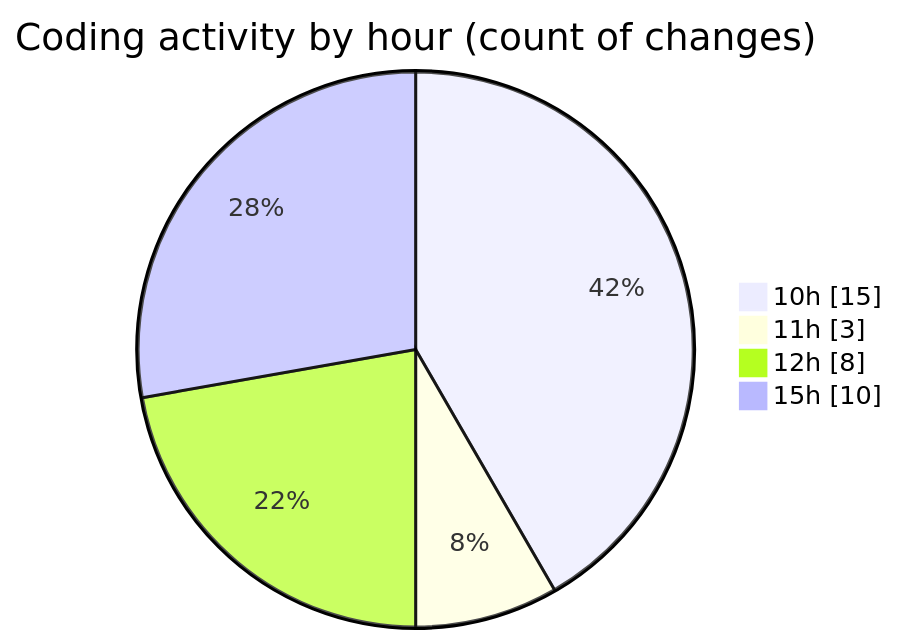
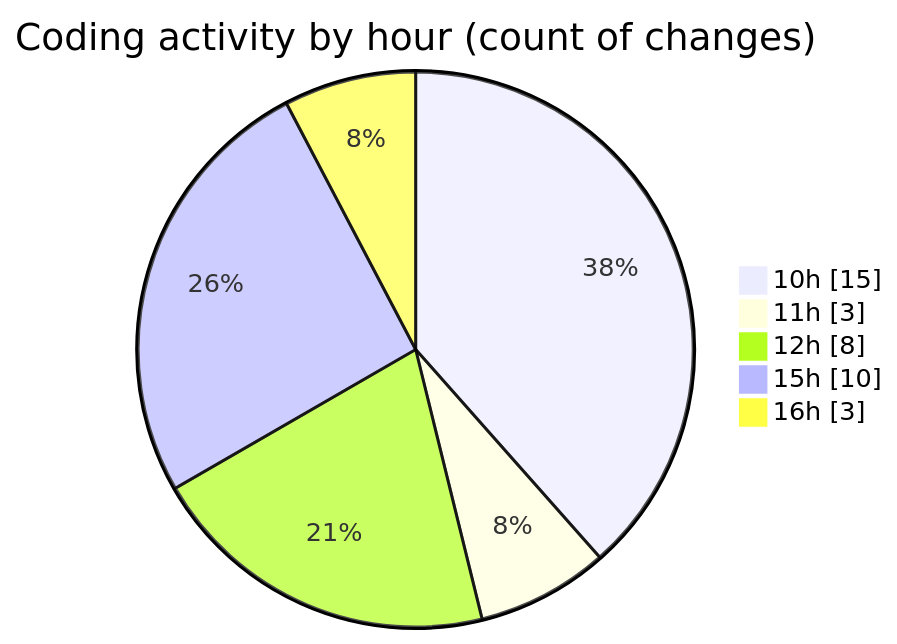
Before and after one commit to nxtqubesakshisongat/code-tracking: the second of 2 diagrams in 2026-02-19/nxtqube_webapp/README.md, drawn with Mermaid. The commit also changed other lines of this file and 1 other file, not shown here.

````diff
--- a/2026-02-19/nxtqube_webapp/README.md
+++ b/2026-02-19/nxtqube_webapp/README.md
@@ -37,8 +40,9 @@
 ```mermaid
 pie showData
 title Coding activity by hour (count of changes)
 "10h" : 15
 "11h" : 3
 "12h" : 8
 "15h" : 10
+"16h" : 3
 ```
````
